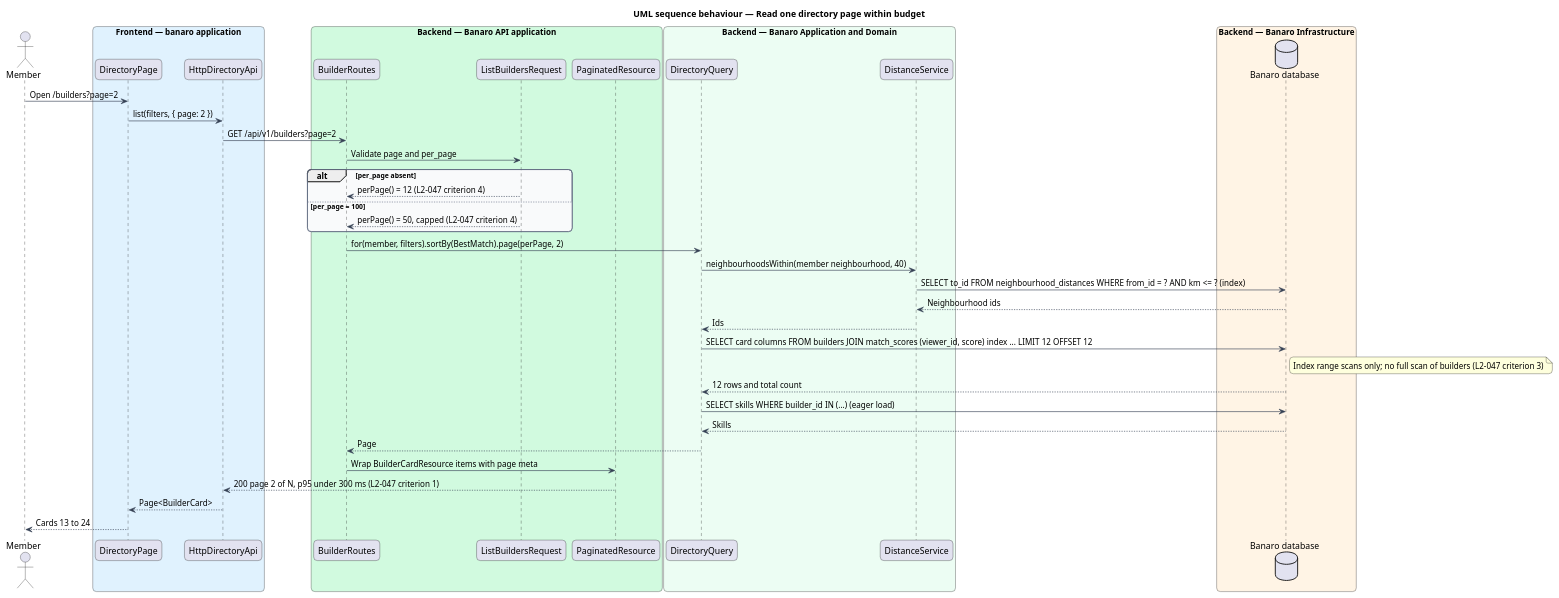
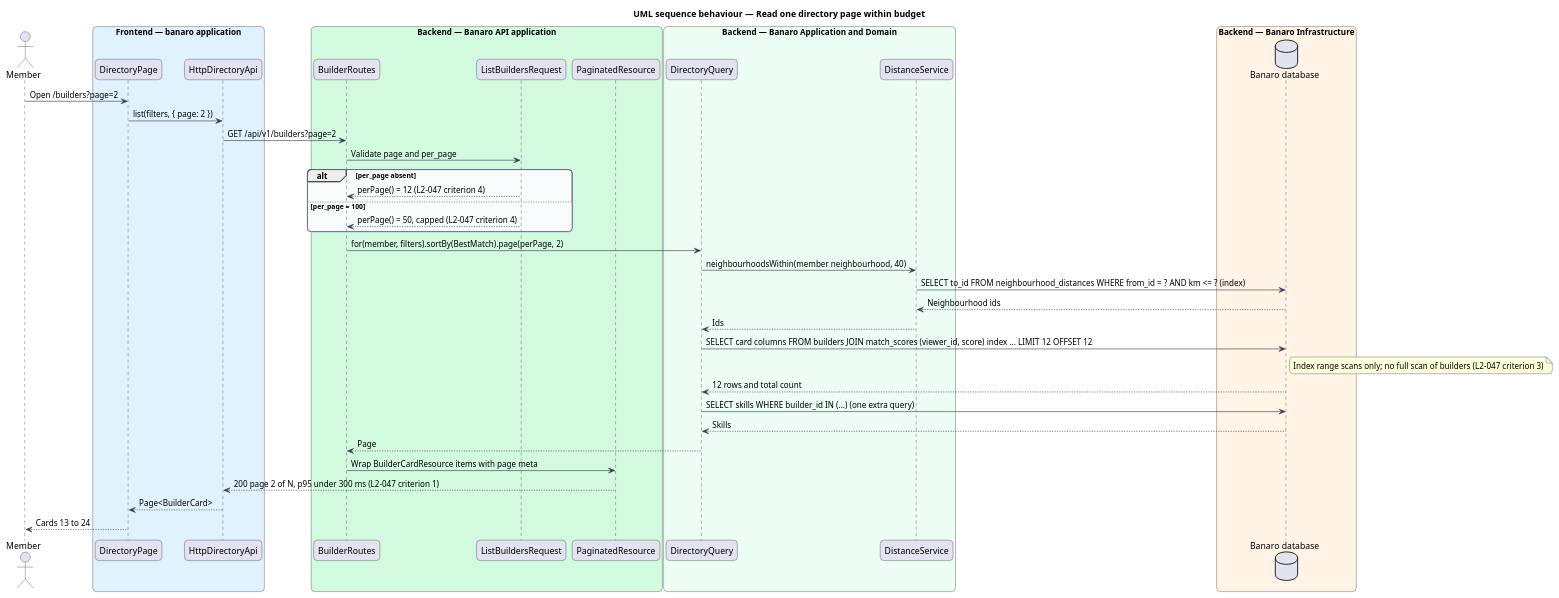
One commit to QuinntyneBrown/banaro changed the diagram in docs/detailed-designs/performance/meet-response-time-budgets/diagrams/sequence-read-directory-page.puml. Above: the diagram before and after it, drawn with PlantUML. The commit also changed 395 other files, not shown here.

```diff
--- a/docs/detailed-designs/performance/meet-response-time-budgets/diagrams/sequence-read-directory-page.puml
+++ b/docs/detailed-designs/performance/meet-response-time-budgets/diagrams/sequence-read-directory-page.puml
@@ -1,59 +1,59 @@
 @startuml
 title UML sequence behaviour — Read one directory page within budget
 skinparam backgroundColor #FFFFFF
 skinparam shadowing false
 skinparam roundcorner 12
 skinparam defaultFontName Arial
 skinparam ArrowColor #344054
 skinparam rectangle {
   BorderColor #344054
   FontColor #101828
 }
 skinparam package {
   BorderColor #667085
   FontColor #101828
   BackgroundColor #F9FAFB
 }
 actor "Member" as actor
 box "Frontend — banaro application" #E0F2FE
   participant "DirectoryPage" as page
   participant "HttpDirectoryApi" as client
 end box
 box "Backend — Banaro API application" #D1FADF
   participant "BuilderRoutes" as controller
   participant "ListBuildersRequest" as request
   participant "PaginatedResource" as resource
 end box
 box "Backend — Banaro Application and Domain" #ECFDF3
   participant "DirectoryQuery" as query
   participant "DistanceService" as distance
 end box
 box "Backend — Banaro Infrastructure" #FFF4E5
   database "Banaro database" as db
 end box
 
 actor -> page : Open /builders?page=2
 page -> client : list(filters, { page: 2 })
 client -> controller : GET /api/v1/builders?page=2
 controller -> request : Validate page and per_page
 alt per_page absent
   request --> controller : perPage() = 12 (L2-047 criterion 4)
 else per_page = 100
   request --> controller : perPage() = 50, capped (L2-047 criterion 4)
 end
 controller -> query : for(member, filters).sortBy(BestMatch).page(perPage, 2)
 query -> distance : neighbourhoodsWithin(member neighbourhood, 40)
 distance -> db : SELECT to_id FROM neighbourhood_distances WHERE from_id = ? AND km <= ? (index)
 db --> distance : Neighbourhood ids
 distance --> query : Ids
 query -> db : SELECT card columns FROM builders JOIN match_scores (viewer_id, score) index ... LIMIT 12 OFFSET 12
 note right of db : Index range scans only; no full scan of builders (L2-047 criterion 3)
 db --> query : 12 rows and total count
-query -> db : SELECT skills WHERE builder_id IN (...) (eager load)
+query -> db : SELECT skills WHERE builder_id IN (...) (one extra query)
 db --> query : Skills
 query --> controller : Page
 controller -> resource : Wrap BuilderCardResource items with page meta
 resource --> client : 200 page 2 of N, p95 under 300 ms (L2-047 criterion 1)
 client --> page : Page<BuilderCard>
 page --> actor : Cards 13 to 24
 @enduml
```
